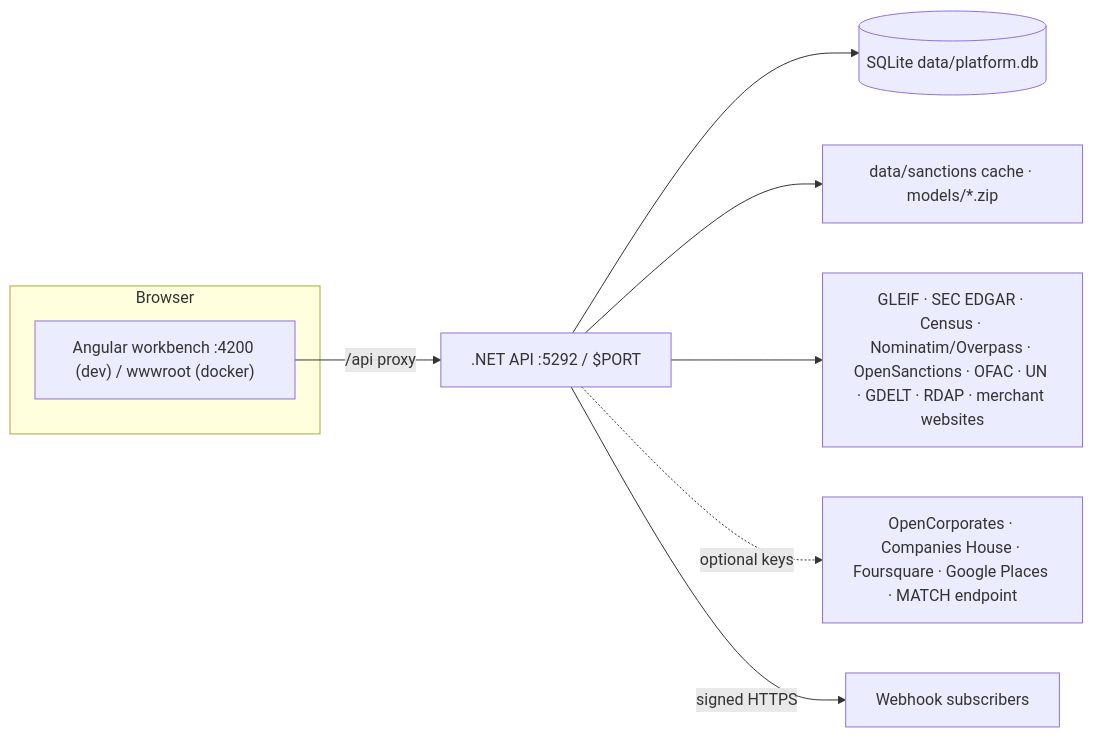
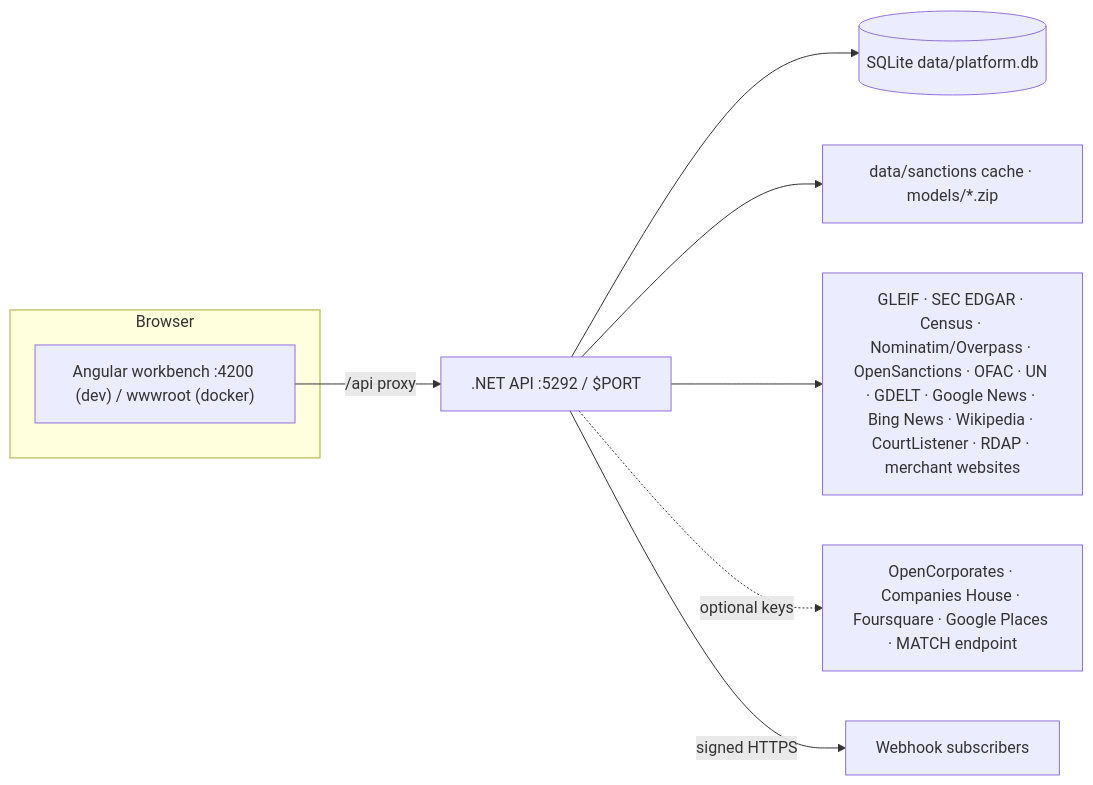
Before and after one commit to NitinRawat26/MerchantIntelligence: the second of 2 diagrams in docs/wiki/Architecture.md, drawn with Mermaid. The commit also changed 2 other files, not shown here.

Commit message:
Wiki: list adverse-media sources, throttling and Sanctions:AdverseMediaSources in Data Sources, Configuration and Architecture

````diff
--- a/docs/wiki/Architecture.md
+++ b/docs/wiki/Architecture.md
@@ -50,12 +50,12 @@
 ```mermaid
 flowchart LR
     subgraph Browser
         SPA["Angular workbench :4200 (dev) / wwwroot (docker)"]
     end
     SPA -->|/api proxy| API[".NET API :5292 / $PORT"]
     API --> SQL[("SQLite data/platform.db")]
     API --> FS["data/sanctions cache · models/*.zip"]
-    API --> EXT["GLEIF · SEC EDGAR · Census · Nominatim/Overpass · OpenSanctions · OFAC · UN · GDELT · RDAP · merchant websites"]
+    API --> EXT["GLEIF · SEC EDGAR · Census · Nominatim/Overpass · OpenSanctions · OFAC · UN · GDELT · Google News · Bing News · Wikipedia · CourtListener · RDAP · merchant websites"]
     API -. optional keys .-> OPT["OpenCorporates · Companies House · Foursquare · Google Places · MATCH endpoint"]
     API -->|signed HTTPS| WH["Webhook subscribers"]
 ```
````
